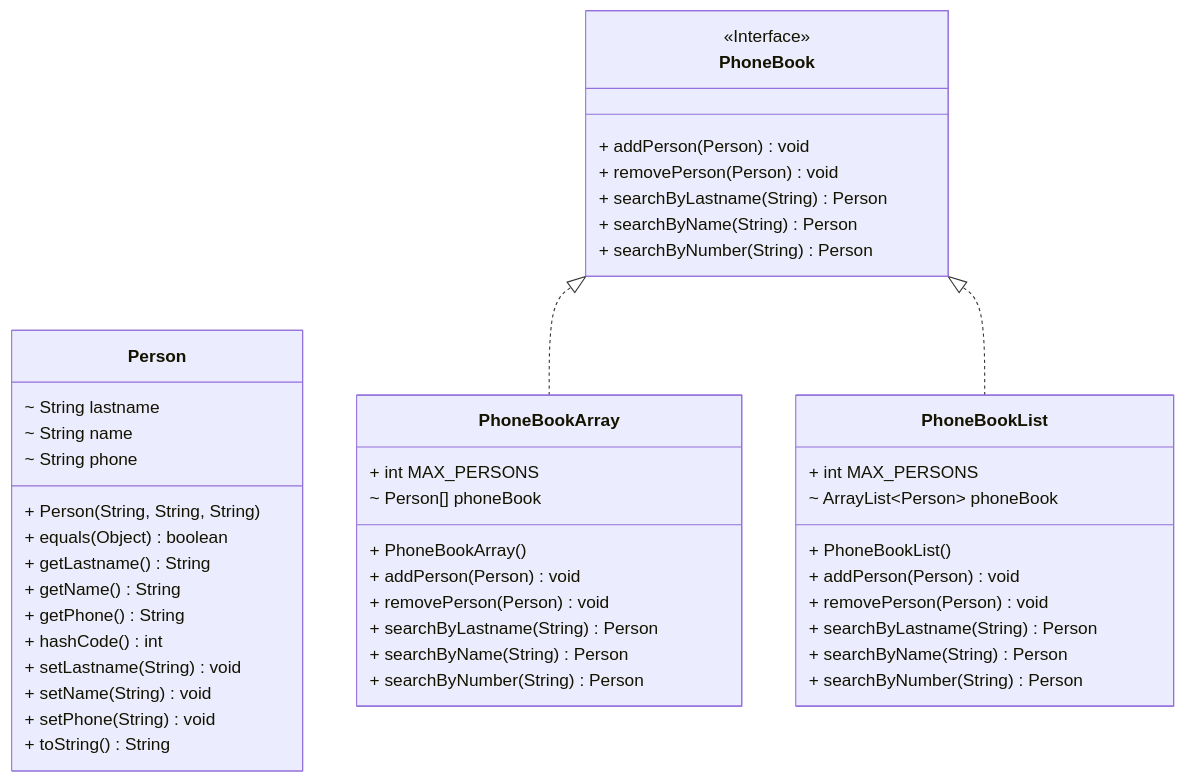
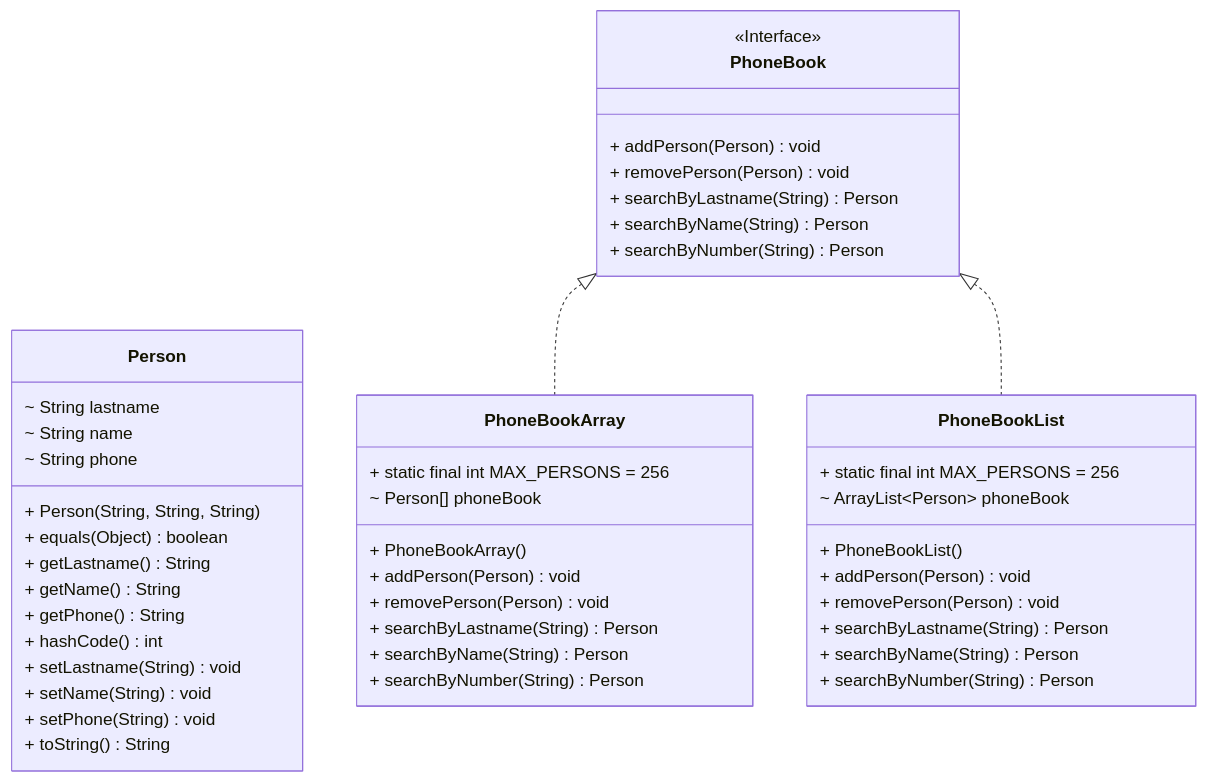
One commit to nbicocchi/learn-java-core changed the ninth of 13 diagrams in src/main/java/com/nbicocchi/exercises/oop/README.md. Above: the diagram before and after it, drawn with Mermaid.

````diff
--- a/src/main/java/com/nbicocchi/exercises/oop/README.md
+++ b/src/main/java/com/nbicocchi/exercises/oop/README.md
@@ -292,49 +292,49 @@
 ```mermaid
 classDiagram
 direction BT
 class Person {
   ~ String lastname
   ~ String name
   ~ String phone
   + Person(String, String, String) 
   + equals(Object) boolean
   + getLastname() String
   + getName() String
   + getPhone() String
   + hashCode() int
   + setLastname(String) void
   + setName(String) void
   + setPhone(String) void
   + toString() String
 }
 class PhoneBook {
   <<Interface>>
   + addPerson(Person) void
   + removePerson(Person) void
   + searchByLastname(String) Person
   + searchByName(String) Person
   + searchByNumber(String) Person
 }
 class PhoneBookArray {
-  + int MAX_PERSONS
+  + static final int MAX_PERSONS = 256
   ~ Person[] phoneBook
   + PhoneBookArray() 
   + addPerson(Person) void
   + removePerson(Person) void
   + searchByLastname(String) Person
   + searchByName(String) Person
   + searchByNumber(String) Person
 }
 class PhoneBookList {
-  + int MAX_PERSONS
+  + static final int MAX_PERSONS = 256
   ~ ArrayList~Person~ phoneBook
   + PhoneBookList() 
   + addPerson(Person) void
   + removePerson(Person) void
   + searchByLastname(String) Person
   + searchByName(String) Person
   + searchByNumber(String) Person
 }
 PhoneBookArray  ..|>  PhoneBook 
 PhoneBookList  ..|>  PhoneBook 
 ```
````
